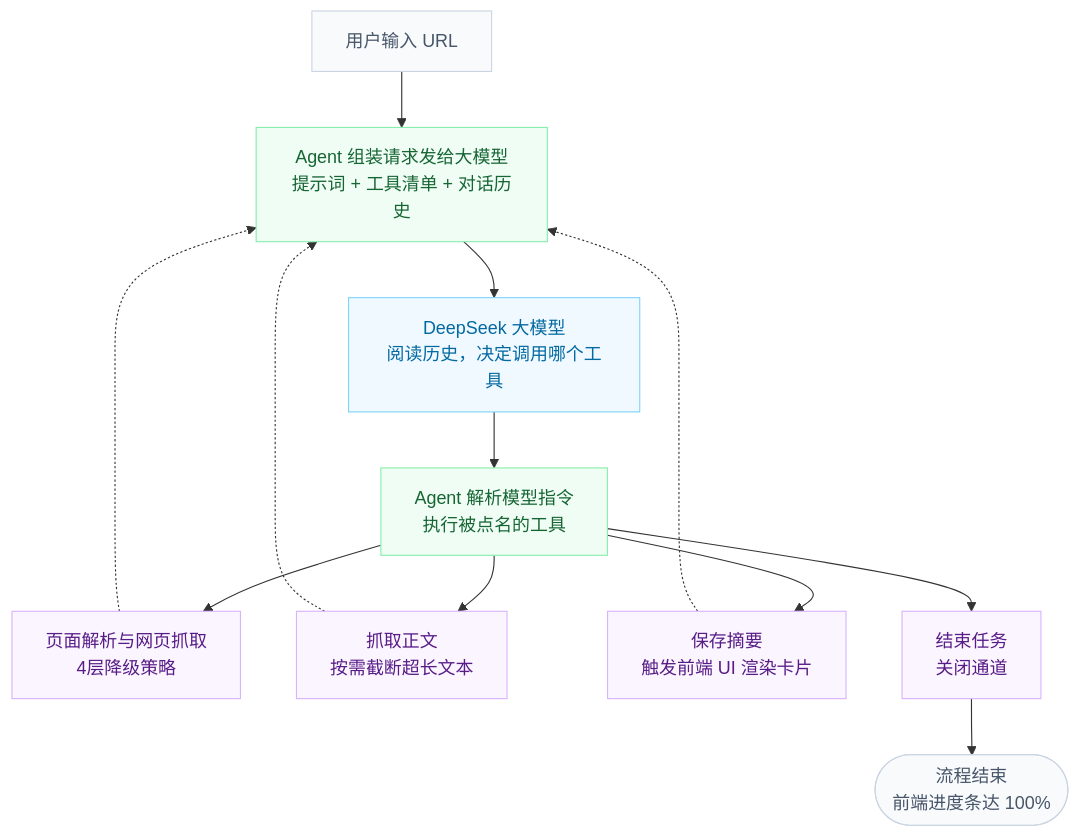
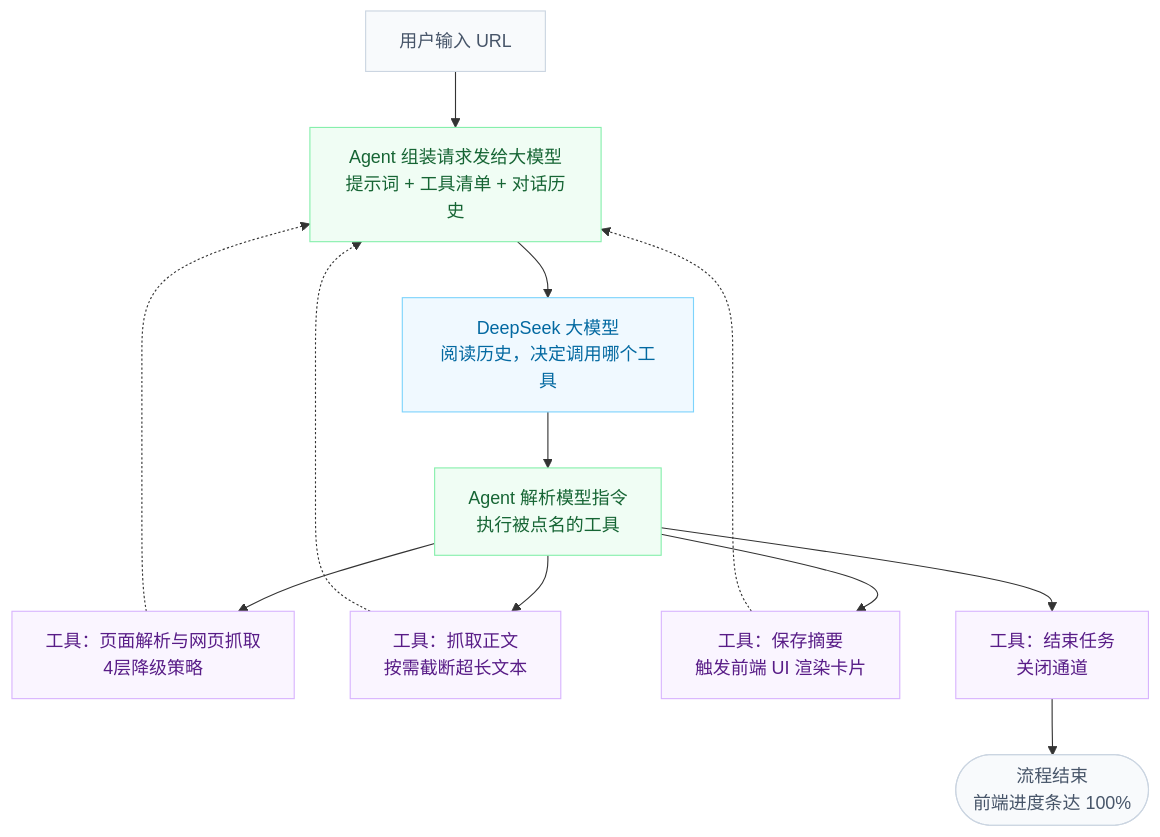
One commit to czxdwxh133-droid/zuopingji-0517 changed the diagram in README.md. Above: the diagram before and after it, drawn with Mermaid.

````diff
--- a/README.md
+++ b/README.md
@@ -35,40 +35,40 @@
 ```mermaid
 graph TD
     User["用户输入 URL"]
     
     AgentState["Agent 组装请求发给大模型<br/>提示词 + 工具清单 + 对话历史"]
     LLM["DeepSeek 大模型<br/>阅读历史，决定调用哪个工具"]
     AgentAction["Agent 解析模型指令<br/>执行被点名的工具"]
     
-    ToolParse["页面解析与网页抓取<br/>4层降级策略"]
-    ToolFetch["抓取正文<br/>按需截断超长文本"]
-    ToolSave["保存摘要<br/>触发前端 UI 渲染卡片"]
-    ToolEnd["结束任务<br/>关闭通道"]
+    ToolParse["工具：页面解析与网页抓取<br/>4层降级策略"]
+    ToolFetch["工具：抓取正文<br/>按需截断超长文本"]
+    ToolSave["工具：保存摘要<br/>触发前端 UI 渲染卡片"]
+    ToolEnd["工具：结束任务<br/>关闭通道"]
     
     Finish(["流程结束<br/>前端进度条达 100%"])
 
     User --> AgentState
     AgentState --> LLM
     LLM --> AgentAction
     
     AgentAction --> ToolParse
     AgentAction --> ToolFetch
     AgentAction --> ToolSave
     AgentAction --> ToolEnd
     
     ToolParse -.-> AgentState
     ToolFetch -.-> AgentState
     ToolSave -.-> AgentState
     
     ToolEnd --> Finish
 
     classDef baseStyle fill:#F8FAFC,stroke:#CBD5E1,color:#475569
     classDef agentStyle fill:#F0FDF4,stroke:#86EFAC,color:#166534
     classDef llmStyle fill:#F0F9FF,stroke:#7DD3FC,color:#0369A1
     classDef toolStyle fill:#FAF5FF,stroke:#D8B4FE,color:#581C87
 
     class User,Finish baseStyle
     class AgentState,AgentAction agentStyle
     class LLM llmStyle
     class ToolParse,ToolFetch,ToolSave,ToolEnd toolStyle
 ```
````
